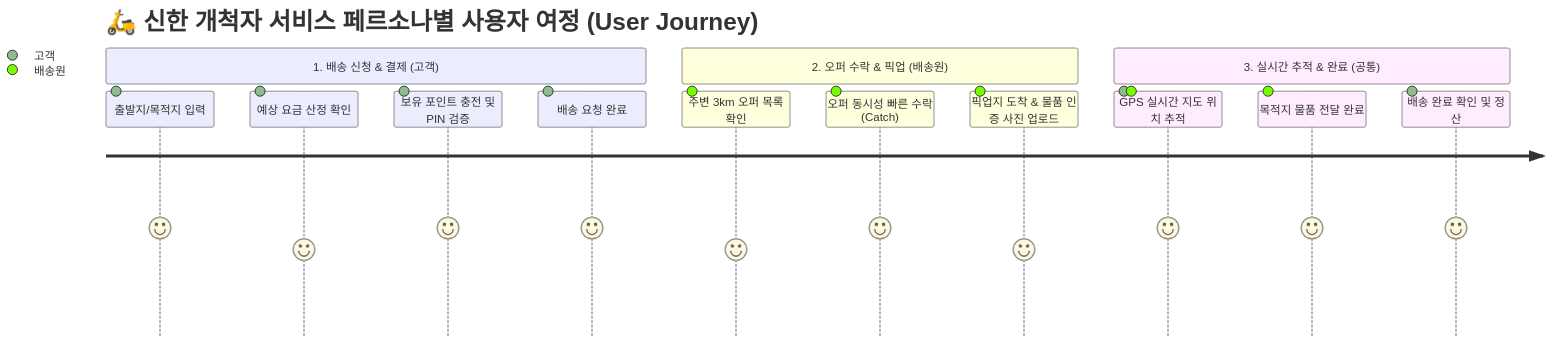
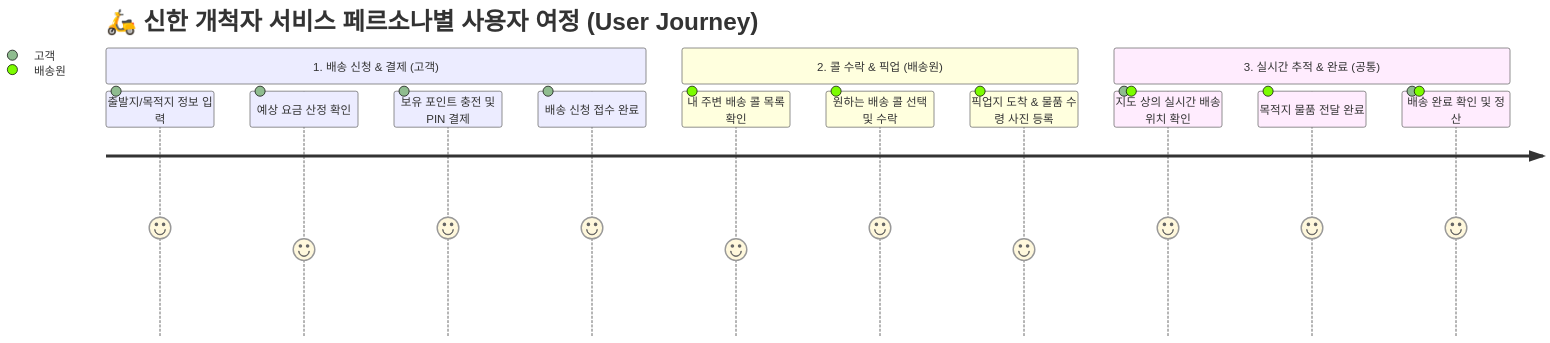
One commit to ShinhanDSProject/shinhan-delivery changed the second of 3 diagrams in docs/전체-유저-플로우-가이드.md. Above: the diagram before and after it, drawn with Mermaid. The commit also changed other lines of this file, not shown here.

Commit message:
docs: 유저 플로우 가이드북 내 저수준 기술 용어를 사용자 및 비즈니스 관점 표현으로 정제

````diff
--- a/docs/전체-유저-플로우-가이드.md
+++ b/docs/전체-유저-플로우-가이드.md
@@ -112,17 +110,17 @@
 ```mermaid
 journey
     title 🛵 신한 개척자 서비스 페르소나별 사용자 여정 (User Journey)
     section 1. 배송 신청 & 결제 (고객)
-      출발지/목적지 입력: 5: 고객
+      출발지/목적지 정보 입력: 5: 고객
       예상 요금 산정 확인: 4: 고객
-      보유 포인트 충전 및 PIN 검증: 5: 고객
-      배송 요청 완료: 5: 고객
-    section 2. 오퍼 수락 & 픽업 (배송원)
-      주변 3km 오퍼 목록 확인: 4: 배송원
-      오퍼 동시성 빠른 수락 (Catch): 5: 배송원
-      픽업지 도착 & 물품 인증 사진 업로드: 4: 배송원
+      보유 포인트 충전 및 PIN 결제: 5: 고객
+      배송 신청 접수 완료: 5: 고객
+    section 2. 콜 수락 & 픽업 (배송원)
+      내 주변 배송 콜 목록 확인: 4: 배송원
+      원하는 배송 콜 선택 및 수락: 5: 배송원
+      픽업지 도착 & 물품 수령 사진 등록: 4: 배송원
     section 3. 실시간 추적 & 완료 (공통)
-      GPS 실시간 지도 위치 추적: 5: 고객, 배송원
+      지도 상의 실시간 배송 위치 확인: 5: 고객, 배송원
       목적지 물품 전달 완료: 5: 배송원
-      배송 완료 확인 및 정산: 5: 고객
+      배송 완료 확인 및 정산: 5: 고객, 배송원
 ```
````
